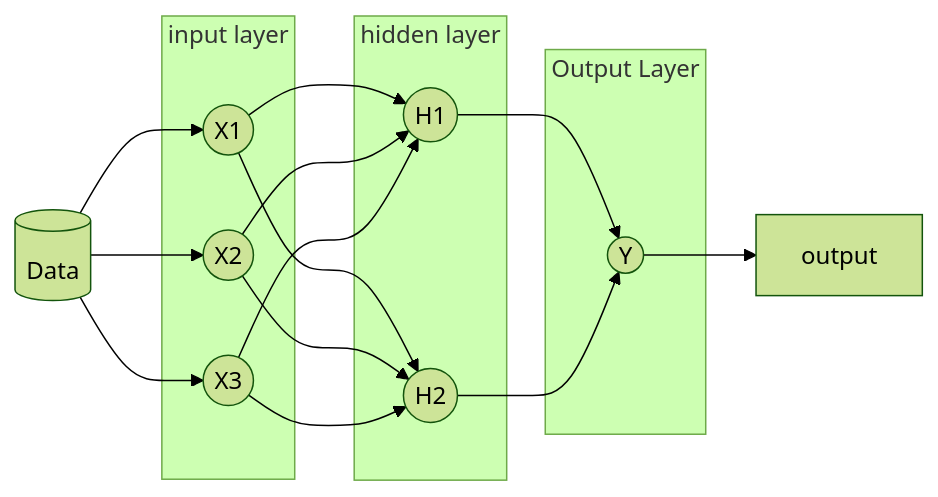
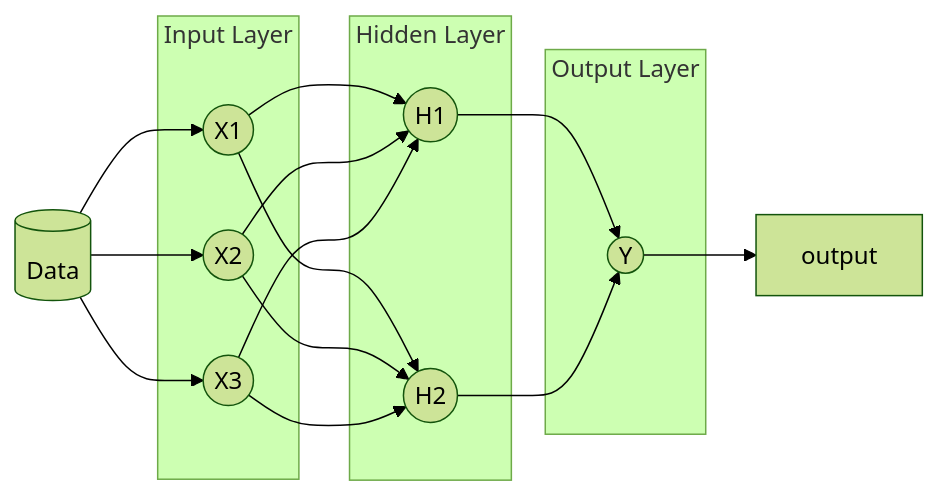
One commit to BobChrismansyah/Docs-Machine-Learning changed the diagram in docs/MachineLearning/Neural Network/neural-network.md. Above: the diagram before and after it, drawn with Mermaid (forest theme). The commit also changed other lines of this file, not shown here.

````diff
--- a/docs/MachineLearning/Neural Network/neural-network.md
+++ b/docs/MachineLearning/Neural Network/neural-network.md
@@ -11,33 +11,33 @@
 ```mermaid
 flowchart LR
     id1[(Data)] --> id2[Input Layer]
     id1 --> id3[Hidden Layer]
     id1 --> id4[Output Layer]
     
-    subgraph input layer
+    subgraph Input Layer
     id2((X1))
     id3((X2))
     id4((X3))
     end
 
     id2 --> id5
     id2 --> id6
     id3 --> id5
     id3 --> id6
     id4 --> id5
     id4 --> id6
 
-    subgraph hidden layer
+    subgraph Hidden Layer
     id5((H1))
     id6((H2))
     end
     
     id5 --> id7
     id6 --> id7
 
     subgraph Output Layer
     id7((Y))
     end
 
     id7 --> output
 ```
````
